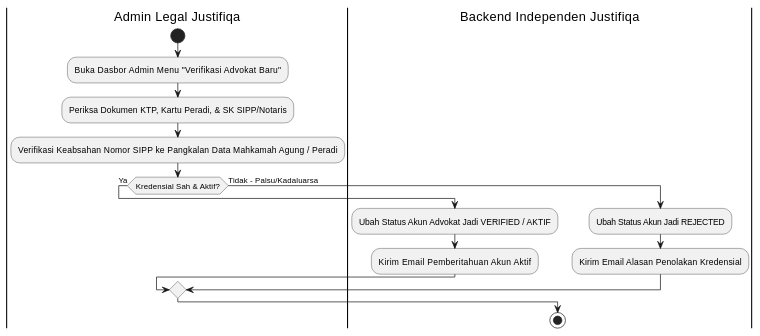
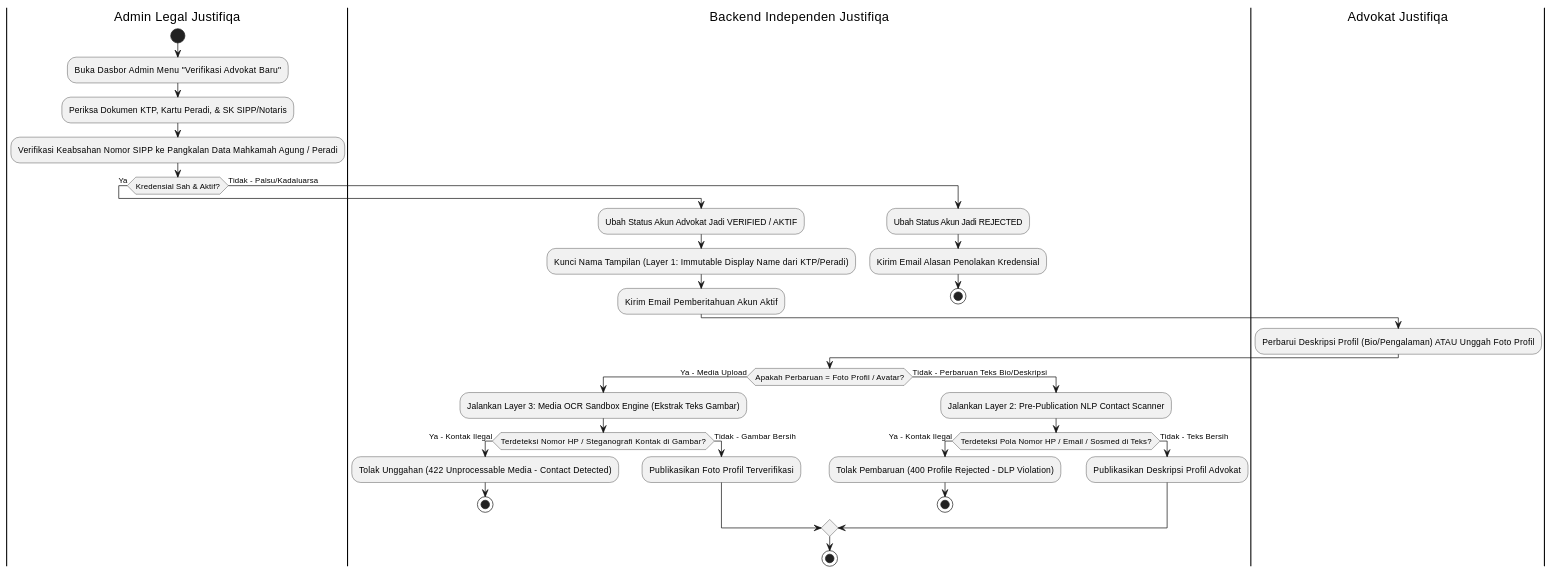
The ninth of 28 diagrams in MarkDown/plantuml_activity_diagrams.md (tupperwureism/SuperApp-Gagal), drawn with PlantUML before and after one commit. The commit also changed other lines of this file and 1 other file, not shown here.

Commit message:
docs(uml): integrate Asynchronous Deliverable Thread, 3-Layer Profile/Media DLP, and Behavioral Fraud/Reputational Death into AD/SD J-03, J-06, J-09, and J-10

````diff
--- a/MarkDown/plantuml_activity_diagrams.md
+++ b/MarkDown/plantuml_activity_diagrams.md
@@ -564,19 +572,43 @@
 ```plantuml
 @startuml
 |Admin Legal Justifiqa|
 start
 :Buka Dasbor Admin Menu "Verifikasi Advokat Baru";
 :Periksa Dokumen KTP, Kartu Peradi, & SK SIPP/Notaris;
 :Verifikasi Keabsahan Nomor SIPP ke Pangkalan Data Mahkamah Agung / Peradi;
 if (Kredensial Sah & Aktif?) then (Ya)
   |Backend Independen Justifiqa|
   :Ubah Status Akun Advokat Jadi VERIFIED / AKTIF;
+  :Kunci Nama Tampilan (Layer 1: Immutable Display Name dari KTP/Peradi);
   :Kirim Email Pemberitahuan Akun Aktif;
 else (Tidak - Palsu/Kadaluarsa)
   |Backend Independen Justifiqa|
   :Ubah Status Akun Jadi REJECTED;
   :Kirim Email Alasan Penolakan Kredensial;
+  stop
+endif
+
+|Advokat Justifiqa|
+:Perbarui Deskripsi Profil (Bio/Pengalaman) ATAU Unggah Foto Profil;
+
+|Backend Independen Justifiqa|
+if (Apakah Perbaruan = Foto Profil / Avatar?) then (Ya - Media Upload)
+  :Jalankan Layer 3: Media OCR Sandbox Engine (Ekstrak Teks Gambar);
+  if (Terdeteksi Nomor HP / Steganografi Kontak di Gambar?) then (Ya - Kontak Ilegal)
+    :Tolak Unggahan (422 Unprocessable Media - Contact Detected);
+    stop
+  else (Tidak - Gambar Bersih)
+    :Publikasikan Foto Profil Terverifikasi;
+  endif
+else (Tidak - Perbaruan Teks Bio/Deskripsi)
+  :Jalankan Layer 2: Pre-Publication NLP Contact Scanner;
+  if (Terdeteksi Pola Nomor HP / Email / Sosmed di Teks?) then (Ya - Kontak Ilegal)
+    :Tolak Pembaruan (400 Profile Rejected - DLP Violation);
+    stop
+  else (Tidak - Teks Bersih)
+    :Publikasikan Deskripsi Profil Advokat;
+  endif
 endif
 stop
 @enduml
 ```
````
